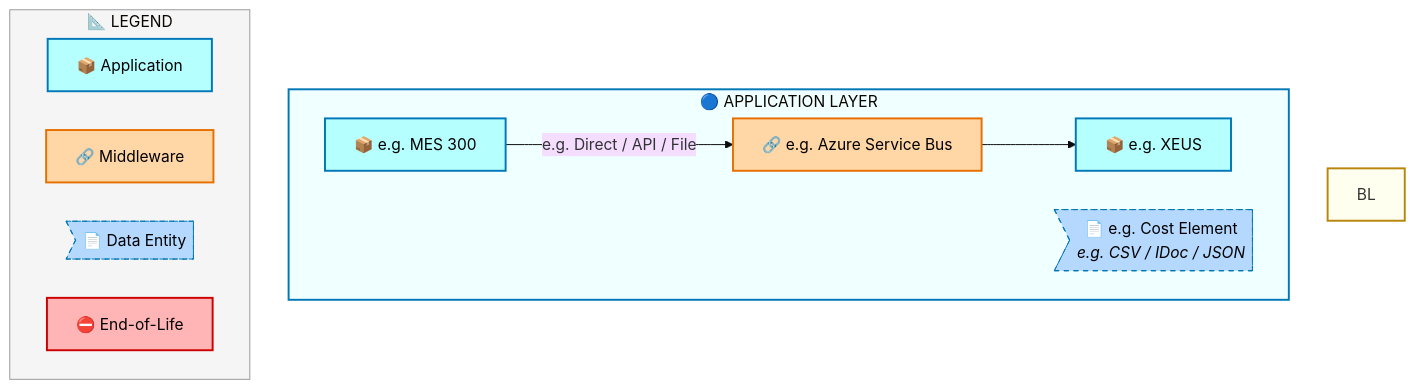
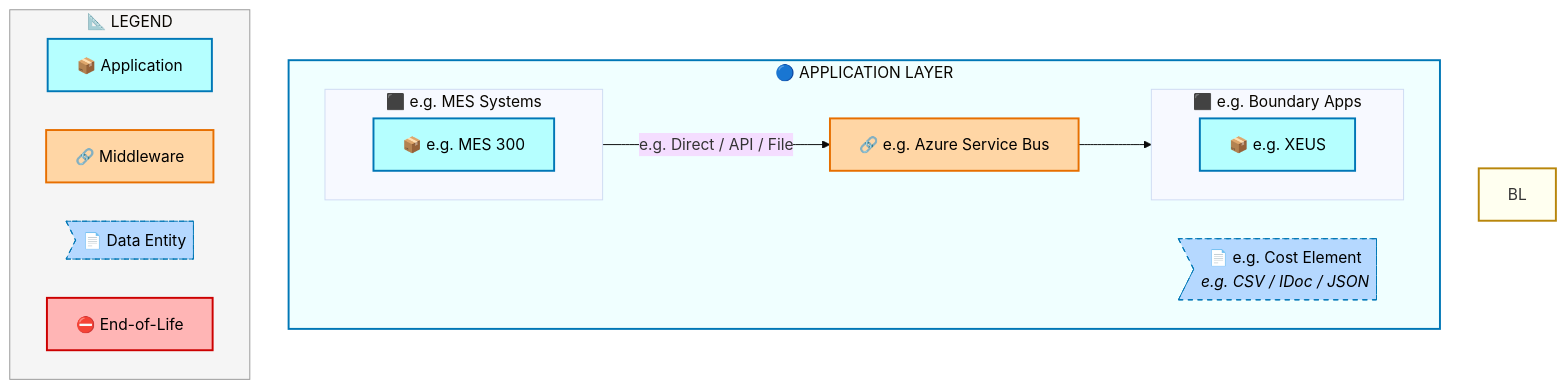
One commit to sajivfrancis777/IAO-Architecture changed the fifth of 7 diagrams in towers/E2E/Procure to Pay/E2E-59/output/docs/systems-architecture/E2E-59-Architecture.md. Above: the diagram before and after it, drawn with Mermaid. The commit also changed other lines of this file and 375 other files, not shown here.

First line of the commit message:
fix: Mermaid subgraph syntax for lane names with parens + PDF print footer on every page

````diff
--- a/towers/E2E/Procure to Pay/E2E-59/output/docs/systems-architecture/E2E-59-Architecture.md
+++ b/towers/E2E/Procure to Pay/E2E-59/output/docs/systems-architecture/E2E-59-Architecture.md
@@ -445,34 +451,40 @@
 ```mermaid
 %%{init: {"theme": "base", "securityLevel": "loose", "themeVariables": {"fontSize": "16px", "fontFamily": "Segoe UI, Arial, sans-serif"}, "flowchart": {"useMaxWidth": false, "htmlLabels": true, "nodeSpacing": 40, "rankSpacing": 50}} }%%
 flowchart TB
     %% -- ArchiMate-inspired style classes --
     classDef business      fill:#FFFFB5,stroke:#B8860B,stroke-width:2px,color:#000
     classDef app           fill:#B5FFFF,stroke:#0077B6,stroke-width:2px,color:#000
     classDef data          fill:#B5D8FF,stroke:#0077B6,stroke-width:1px,color:#000,stroke-dasharray: 5 5
     classDef middleware    fill:#FFD6A5,stroke:#E76F00,stroke-width:2px,color:#000
     classDef eol           fill:#FFB5B5,stroke:#CC0000,stroke-width:2px,color:#000
 
     subgraph AL["🔵 APPLICATION LAYER"]
         direction LR
-        E2E59F_e_g_MES_300["📦 e.g. MES 300"]:::app
-        E2E59F_e_g_XEUS["📦 e.g. XEUS"]:::app
+        subgraph E2E59FLN_e_g_Boundary_Apps[" ⬛ e.g. Boundary Apps"]
+            direction LR
+            E2E59F_e_g_XEUS["📦 e.g. XEUS"]:::app
+        end
+        subgraph E2E59FLN_e_g_MES_Systems[" ⬛ e.g. MES Systems"]
+            direction LR
+            E2E59F_e_g_MES_300["📦 e.g. MES 300"]:::app
+        end
         E2E59FMW_e_g_Azure_Service_Bus["🔗 e.g. Azure Service Bus"]:::middleware
         E2E59FDE_e_g_Cost_Element>"📄 e.g. Cost Element<br/><i>e.g. CSV / IDoc / JSON</i>"]:::data
     end
 
     E2E59F_e_g_MES_300 -->|"e.g. Direct / API / File"| E2E59FMW_e_g_Azure_Service_Bus
     E2E59FMW_e_g_Azure_Service_Bus --> E2E59F_e_g_XEUS
 
 
     style BL fill:#FFFFF0,stroke:#B8860B,stroke-width:2px
     style AL fill:#F0FFFF,stroke:#0077B6,stroke-width:2px
 
     subgraph Legend["📐 LEGEND"]
         direction LR
         L_APP["📦 Application"]:::app
         L_MW["🔗 Middleware"]:::middleware
         L_DE>"📄 Data Entity"]:::data
         L_EOL["⛔ End-of-Life"]:::eol
     end
     style Legend fill:#F5F5F5,stroke:#999,stroke-width:1px
 ```
````
